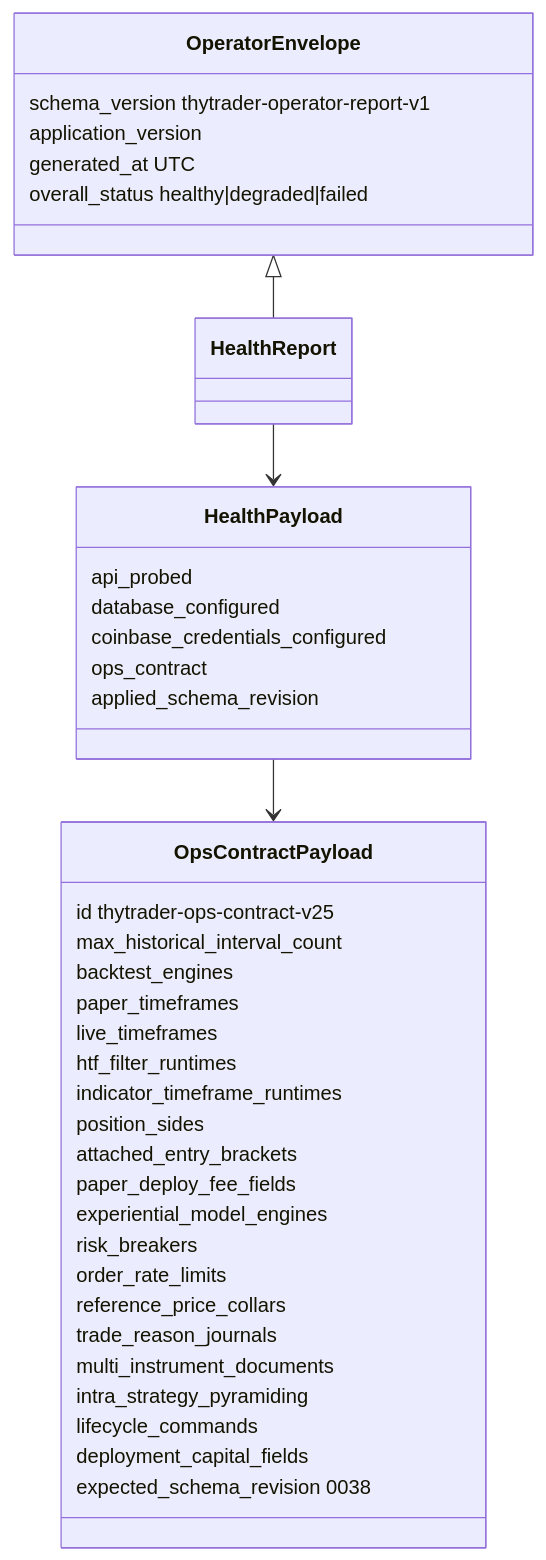
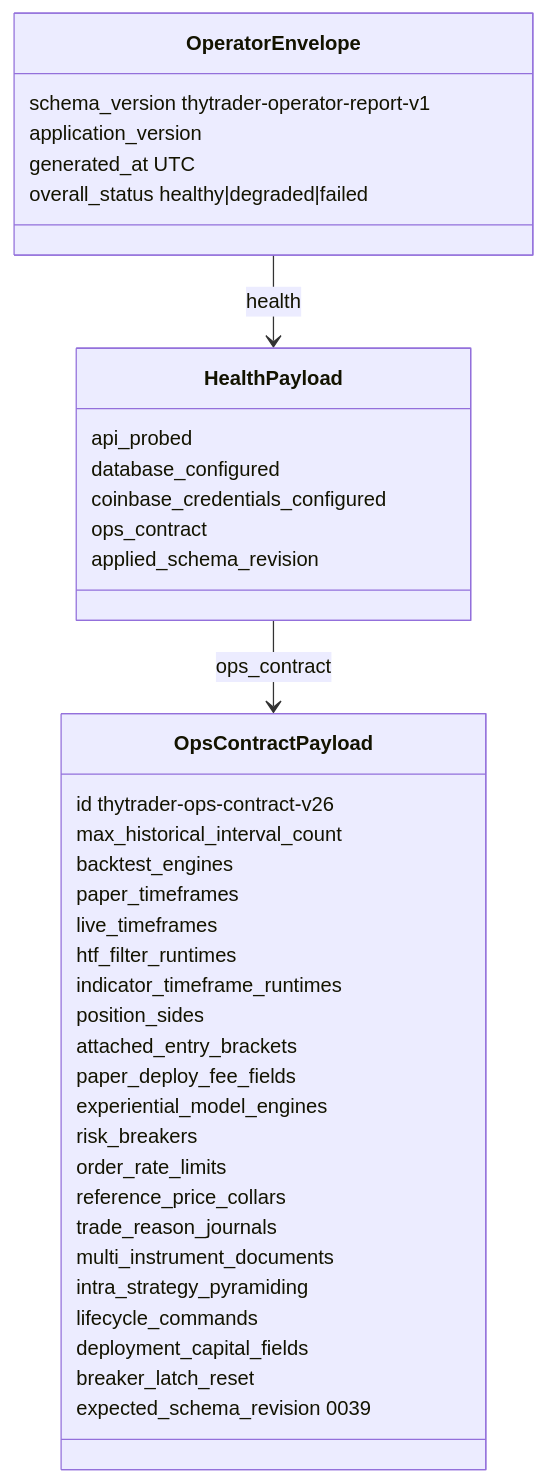
The first of 2 diagrams in docs/architecture/contracts/ops-contract.md (Zoltesh/thytrader), drawn with Mermaid before and after one commit. The commit also changed other lines of this file and 26 other files, not shown here.

First line of the commit message:
feat(operator): deployment lifecycle HTTP parity and breaker latch reset

````diff
--- a/docs/architecture/contracts/ops-contract.md
+++ b/docs/architecture/contracts/ops-contract.md
@@ -35,41 +36,41 @@
 ```mermaid
 classDiagram
   class OpsContractPayload {
-    id thytrader-ops-contract-v25
+    id thytrader-ops-contract-v26
     max_historical_interval_count
     backtest_engines
     paper_timeframes
     live_timeframes
     htf_filter_runtimes
     indicator_timeframe_runtimes
     position_sides
     attached_entry_brackets
     paper_deploy_fee_fields
     experiential_model_engines
     risk_breakers
     order_rate_limits
     reference_price_collars
     trade_reason_journals
     multi_instrument_documents
     intra_strategy_pyramiding
     lifecycle_commands
     deployment_capital_fields
-    expected_schema_revision 0038
+    breaker_latch_reset
+    expected_schema_revision 0039
   }
   class HealthPayload {
     api_probed
     database_configured
     coinbase_credentials_configured
     ops_contract
     applied_schema_revision
   }
   class OperatorEnvelope {
     schema_version thytrader-operator-report-v1
     application_version
     generated_at UTC
     overall_status healthy|degraded|failed
   }
-  HealthPayload --> OpsContractPayload
-  OperatorEnvelope <|-- HealthReport
-  HealthReport --> HealthPayload
+  HealthPayload --> OpsContractPayload : ops_contract
+  OperatorEnvelope --> HealthPayload : health
 ```
````
